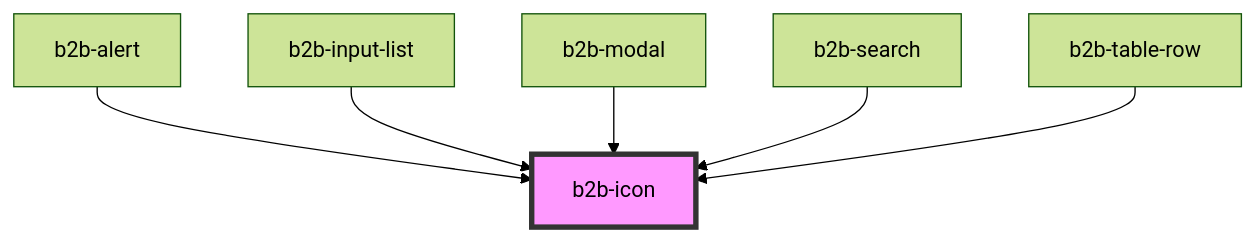
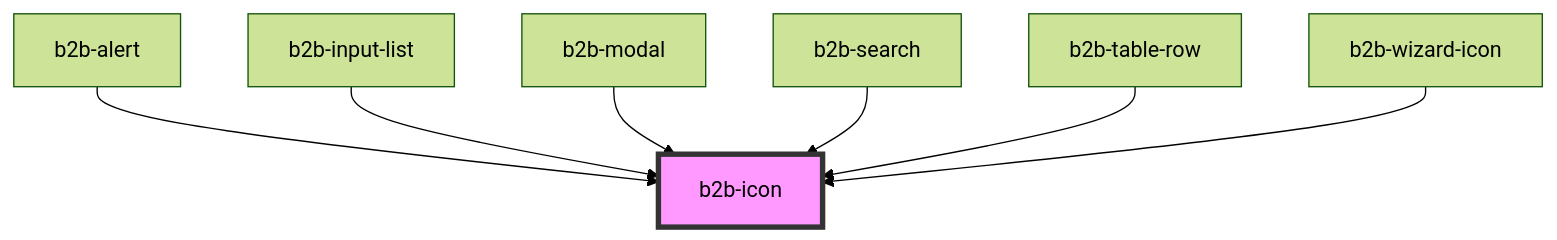
The diagram in packages/core-components/src/components/icon/readme.md (otto-de/b2b-design-system), drawn with Mermaid (forest theme) before and after one commit. The commit also changed other lines of this file and 19 other files, not shown here.

Commit message:
feat(Wizard-Icon): [B2BDS-181] add wizard-icon component

````diff
--- a/packages/core-components/src/components/icon/readme.md
+++ b/packages/core-components/src/components/icon/readme.md
@@ -29,9 +30,10 @@
 ```mermaid
 graph TD;
   b2b-alert --> b2b-icon
   b2b-input-list --> b2b-icon
   b2b-modal --> b2b-icon
   b2b-search --> b2b-icon
   b2b-table-row --> b2b-icon
+  b2b-wizard-icon --> b2b-icon
   style b2b-icon fill:#f9f,stroke:#333,stroke-width:4px
 ```
````
